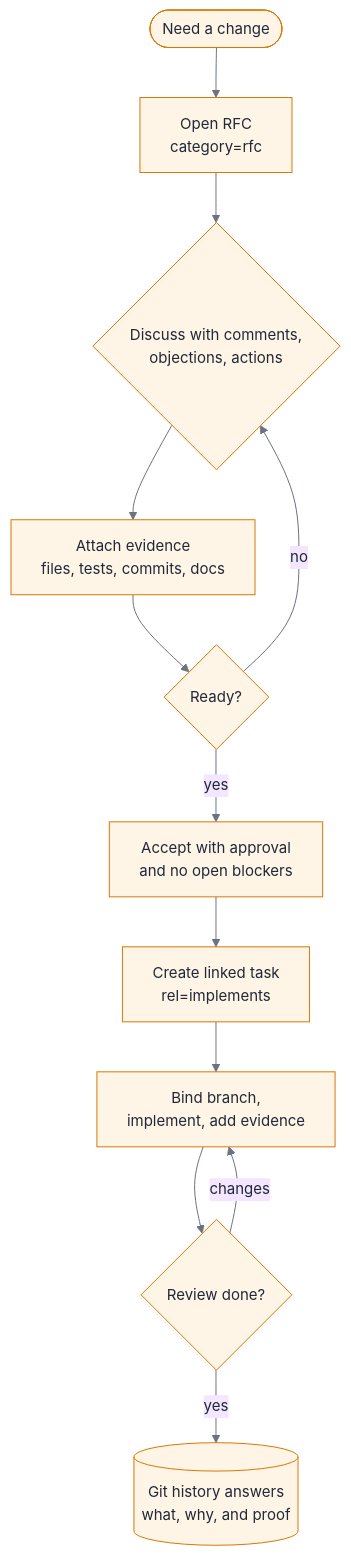
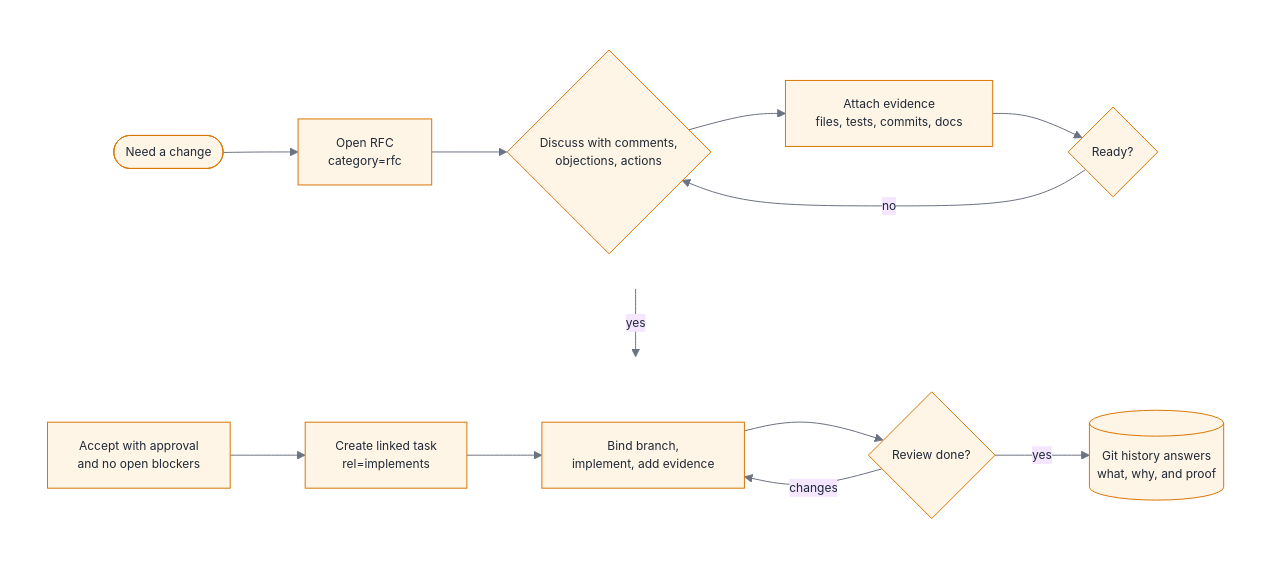
One commit to tmineno/gitforum changed the diagram in README.md. Above: the diagram before and after it, drawn with Mermaid.

Commit message:
docs(readme): wrap mermaid workflow into two LR rows

````diff
--- a/README.md
+++ b/README.md
@@ -13,24 +13,32 @@
 ```mermaid
 ---
 config:
   theme: "base"
   themeVariables:
-    fontSize: 15px
+    fontSize: 12px
     primaryColor: "#fff5e6"
     primaryBorderColor: "#d97706"
     primaryTextColor: "#1f2937"
     lineColor: "#6b7280"
 ---
-flowchart TD
-    need([Need a change]) --> rfc[Open RFC<br/>category=rfc]
-    rfc --> discuss{Discuss with comments,<br/>objections, actions}
-    discuss --> evidence[Attach evidence<br/>files, tests, commits, docs]
-    evidence --> decision{Ready?}
-    decision -- no --> discuss
-    decision -- yes --> accept[Accept with approval<br/>and no open blockers]
-    accept --> task[Create linked task<br/>rel=implements]
-    task --> implement[Bind branch,<br/>implement, add evidence]
-    implement --> review{Review done?}
-    review -- changes --> implement
-    review -- yes --> memory[(Git history answers<br/>what, why, and proof)]
+flowchart TB
+    subgraph row1[" "]
+      direction LR
+      need([Need a change]) --> rfc[Open RFC<br/>category=rfc]
+      rfc --> discuss{Discuss with comments,<br/>objections, actions}
+      discuss --> evidence[Attach evidence<br/>files, tests, commits, docs]
+      evidence --> decision{Ready?}
+      decision -- no --> discuss
+    end
+    subgraph row2[" "]
+      direction LR
+      accept[Accept with approval<br/>and no open blockers] --> task[Create linked task<br/>rel=implements]
+      task --> implement[Bind branch,<br/>implement, add evidence]
+      implement --> review{Review done?}
+      review -- changes --> implement
+      review -- yes --> memory[(Git history answers<br/>what, why, and proof)]
+    end
+    decision -- yes --> accept
+    classDef invisible fill:transparent,stroke:transparent
+    class row1,row2 invisible
 ```
````
